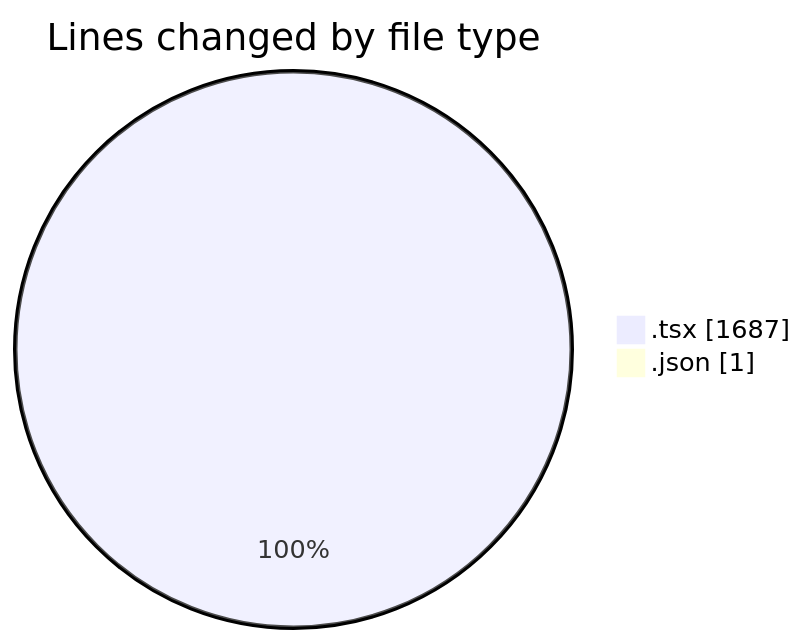
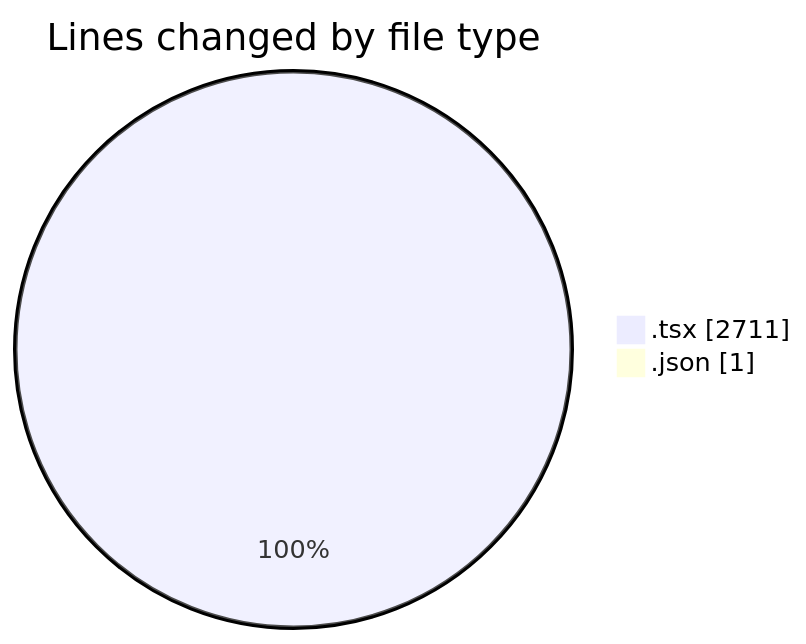
Before and after one commit to momahboobian/code-tracking: the first of 2 diagrams in 2025-11-10/cda/README.md, drawn with Mermaid. The commit also changed other lines of this file and 1 other file, not shown here.

````diff
--- a/2025-11-10/cda/README.md
+++ b/2025-11-10/cda/README.md
@@ -25,6 +25,6 @@
 ```mermaid
 pie showData
 title Lines changed by file type
-".tsx" : 1687
+".tsx" : 2711
 ".json" : 1
 ```
````
